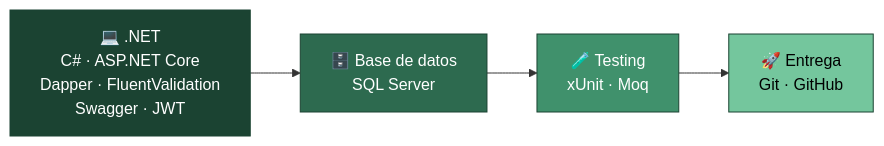
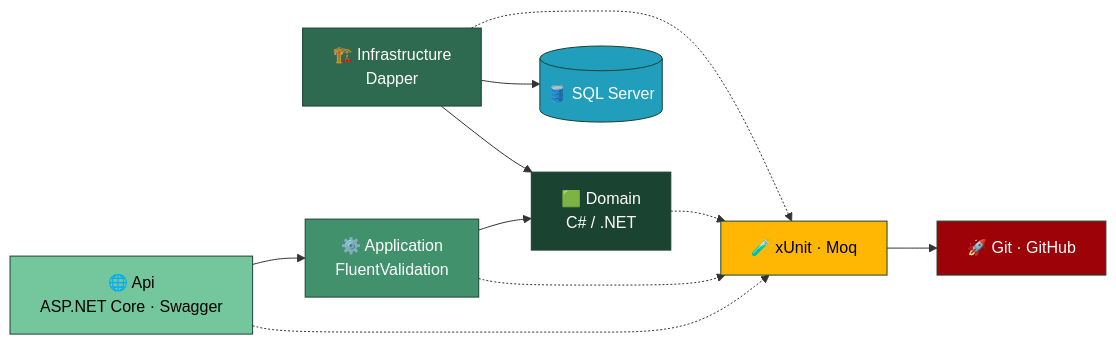
Before and after one commit to jhoncalleflores1035/precotex-backend-arquitectura: the diagram in PrecotexProyecto/README.md, drawn with Mermaid. The commit also changed other lines of this file and 6 other files, not shown here.

````diff
--- a/PrecotexProyecto/README.md
+++ b/PrecotexProyecto/README.md
@@ -20,14 +20,21 @@
 ```mermaid
 flowchart LR
-    DEV["💻 .NET\nC# · ASP.NET Core\nDapper · FluentValidation\nSwagger · JWT"]
-    DB["🗄️ Base de datos\nSQL Server"]
-    TEST["🧪 Testing\nxUnit · Moq"]
-    DEL["🚀 Entrega\nGit · GitHub"]
+    API["🌐 Api\nASP.NET Core · Swagger"] --> APPL["⚙️ Application\nFluentValidation"]
+    APPL --> DOM["🟩 Domain\nC# / .NET"]
+    INFRA["🏗️ Infrastructure\nDapper"] --> DOM
+    INFRA --> DB[("🛢️ SQL Server")]
 
-    DEV --> DB --> TEST --> DEL
+    API -.-> TEST["🧪 xUnit · Moq"]
+    APPL -.-> TEST
+    DOM -.-> TEST
+    INFRA -.-> TEST
+    TEST --> DEL["🚀 Git · GitHub"]
 
-    style DEV fill:#1b4332,stroke:#1b4332,color:#fff
-    style DB fill:#2d6a4f,stroke:#1b4332,color:#fff
-    style TEST fill:#40916c,stroke:#1b4332,color:#fff
-    style DEL fill:#74c69d,stroke:#1b4332,color:#000
+    style API fill:#74c69d,stroke:#1b4332,color:#000
+    style APPL fill:#40916c,stroke:#1b4332,color:#fff
+    style DOM fill:#1b4332,stroke:#1b4332,color:#fff
+    style INFRA fill:#2d6a4f,stroke:#1b4332,color:#fff
+    style DB fill:#219ebc,stroke:#1b4332,color:#fff
+    style TEST fill:#ffb703,stroke:#1b4332,color:#000
+    style DEL fill:#9d0208,stroke:#1b4332,color:#fff
 ```
````
